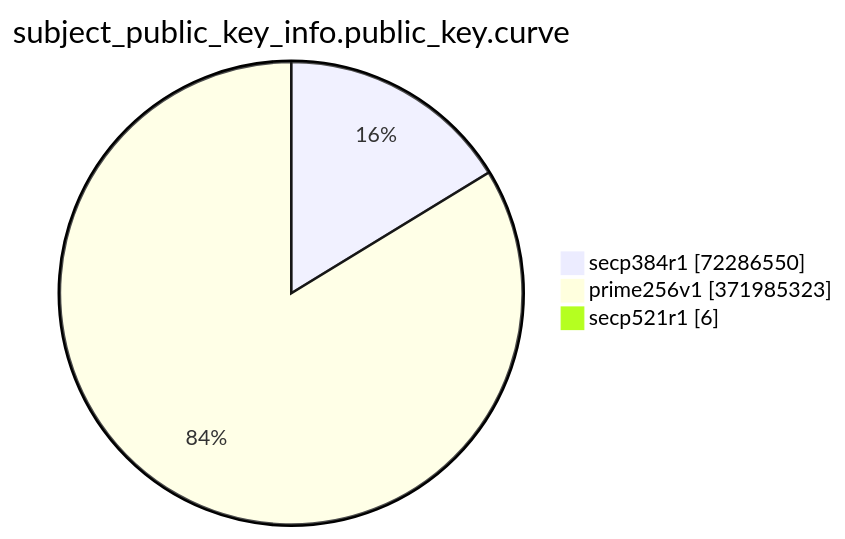
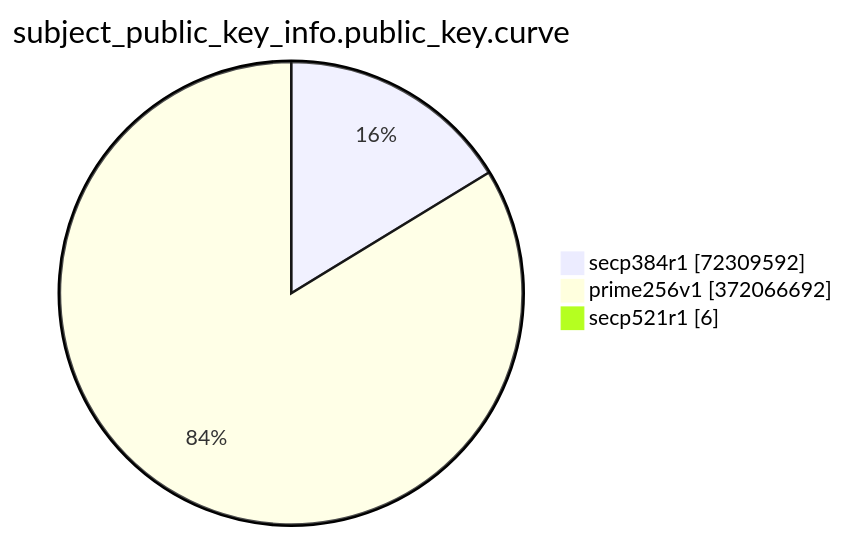
One commit to christiankrug/ctmonitor_visualization changed the eighth of 15 diagrams in TOTAL/README.md. Above: the diagram before and after it, drawn with Mermaid. The commit also changed other lines of this file, not shown here.

````diff
--- a/TOTAL/README.md
+++ b/TOTAL/README.md
@@ -3092,7 +3092,7 @@
 ```mermaid
 pie showData
 title subject_public_key_info.public_key.curve
-"secp384r1" :72286550
-"prime256v1" :371985323
+"secp384r1" :72309592
+"prime256v1" :372066692
 "secp521r1" :6
 ```
````
